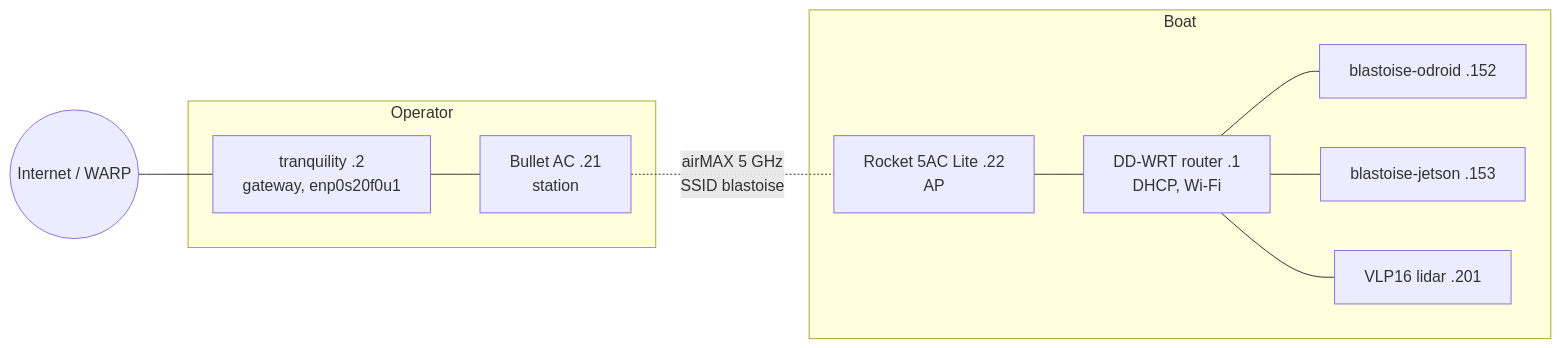
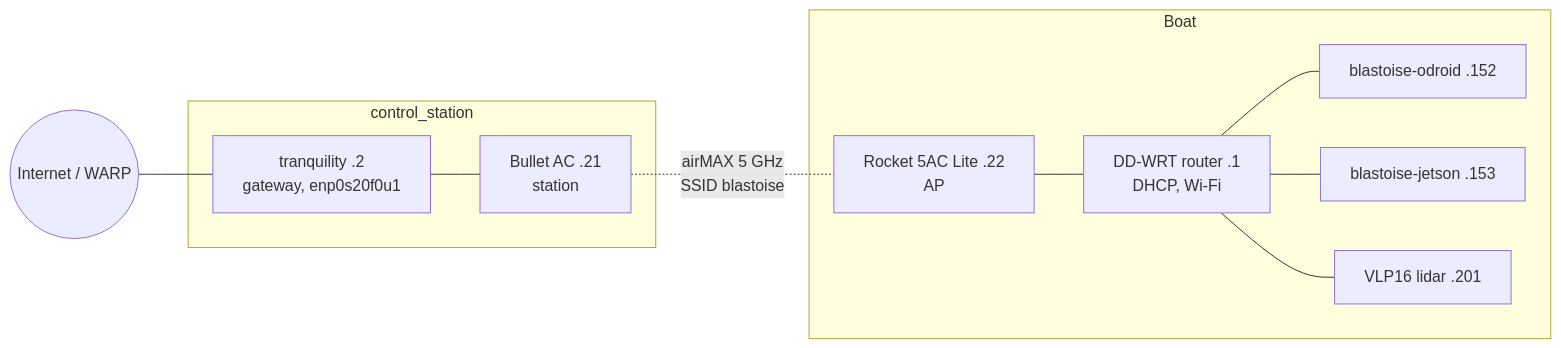
Before and after one commit to MHSeals/mhseals_profile: the diagram in README.md, drawn with Mermaid. The commit also changed other lines of this file and 4 other files, not shown here.

Commit message:
The tranquility station becomes the control_station role: any operator laptop resolves to it; tranquility stays a registry host

````diff
--- a/README.md
+++ b/README.md
@@ -31,14 +31,14 @@
 ```mermaid
 flowchart LR
   net((Internet / WARP)) --- T
-  subgraph Operator
+  subgraph Station [control_station]
     T["tranquility .2<br/>gateway, enp0s20f0u1"] --- B["Bullet AC .21<br/>station"]
   end
   B -. "airMAX 5 GHz<br/>SSID blastoise" .- R
   subgraph Boat
     R["Rocket 5AC Lite .22<br/>AP"] --- D["DD-WRT router .1<br/>DHCP, Wi-Fi"]
     D --- O["blastoise-odroid .152"]
     D --- J["blastoise-jetson .153"]
     D --- L["VLP16 lidar .201"]
   end
 ```
````
